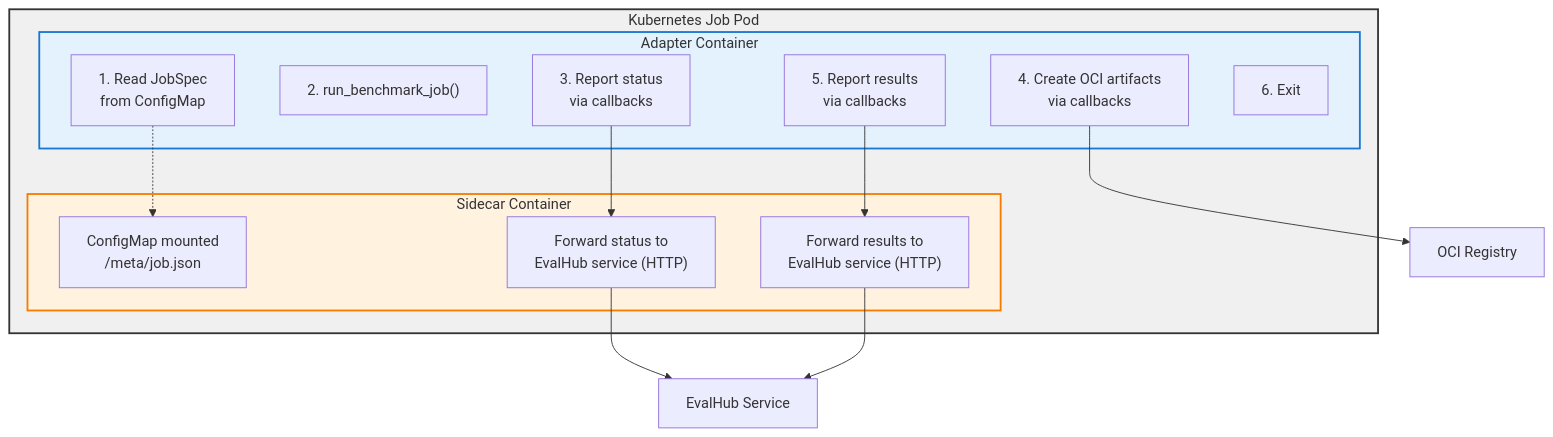
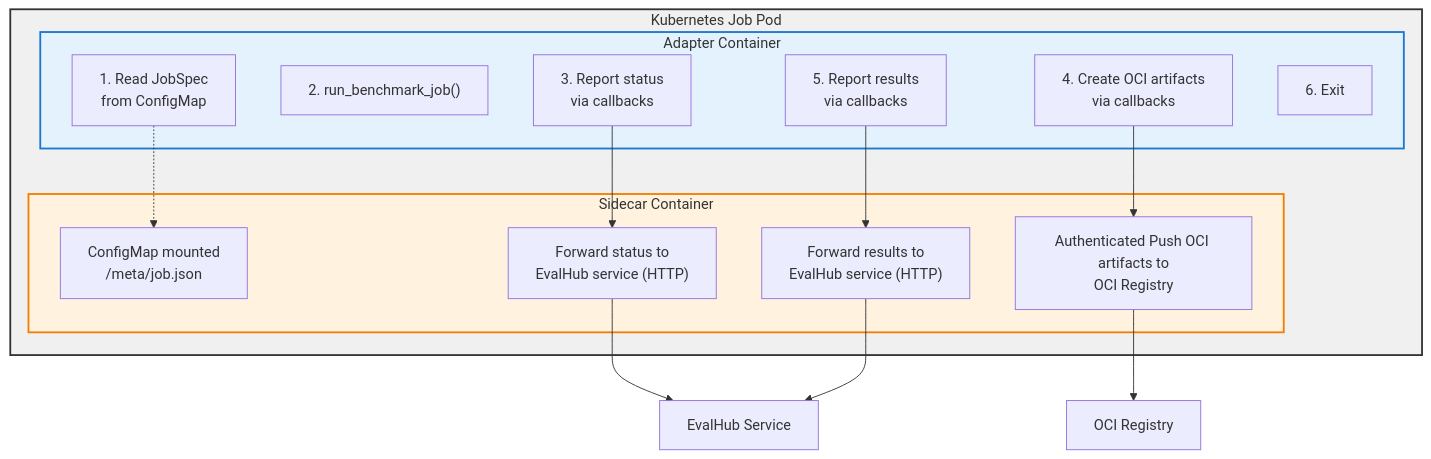
Before and after one commit to williamcaban/eval-hub-sdk: the diagram in README.md, drawn with Mermaid.

Commit message:
docs: update README for OCI with sidecar
now OCI Artifact Push goes through sidecar for Authentication

````diff
--- a/README.md
+++ b/README.md
@@ -22,31 +22,33 @@
 ```mermaid
 graph TB
     subgraph pod["Kubernetes Job Pod"]
         subgraph adapter["Adapter Container"]
             A1["1. Read JobSpec<br/>from ConfigMap"]
             A2["2. run_benchmark_job()"]
             A3["3. Report status<br/>via callbacks"]
             A4["4. Create OCI artifacts<br/>via callbacks"]
             A5["5. Report results<br/>via callbacks"]
             A6["6. Exit"]
         end
 
         subgraph sidecar["Sidecar Container"]
             S1["ConfigMap mounted<br/>/meta/job.json"]
             S2["Forward status to<br/>EvalHub service (HTTP)"]
+            S3["Authenticated Push OCI artifacts to<br/>OCI Registry"]
             S4["Forward results to<br/>EvalHub service (HTTP)"]
         end
 
         A1 -.-> S1
         A3 --> S2
+        A4 --> S3
         A5 --> S4
     end
 
     S2 --> EvalHub["EvalHub Service"]
+    S3 --> Registry["OCI Registry"]
     S4 --> EvalHub
-    A4 --> Registry["OCI Registry"]
 
     style pod fill:#f0f0f0,stroke:#333,stroke-width:2px
     style adapter fill:#e3f2fd,stroke:#1976d2,stroke-width:2px
     style sidecar fill:#fff3e0,stroke:#f57c00,stroke-width:2px
 ```
````
